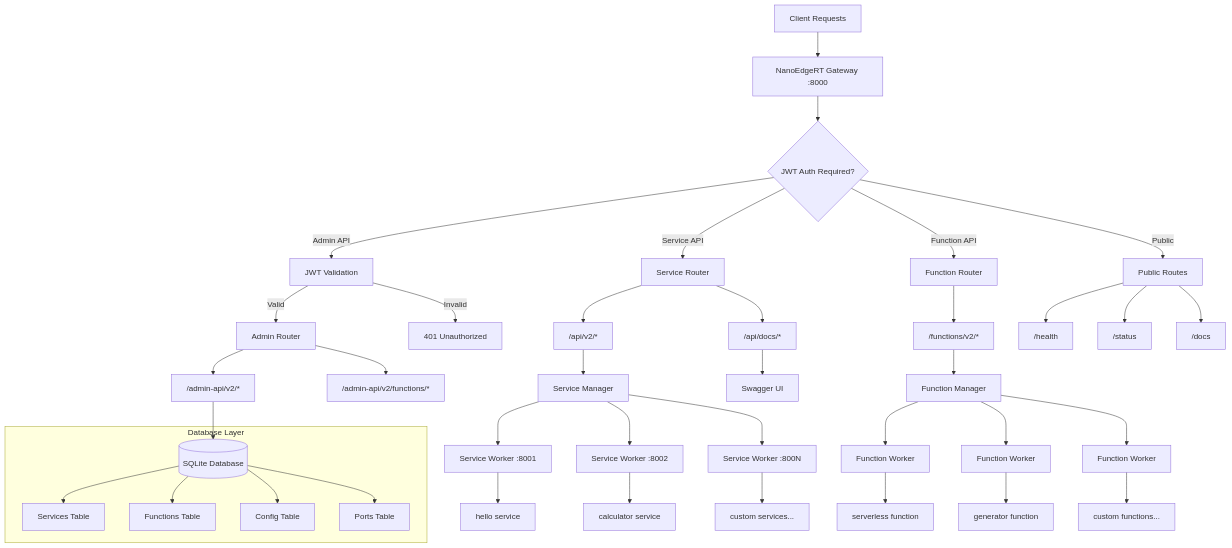
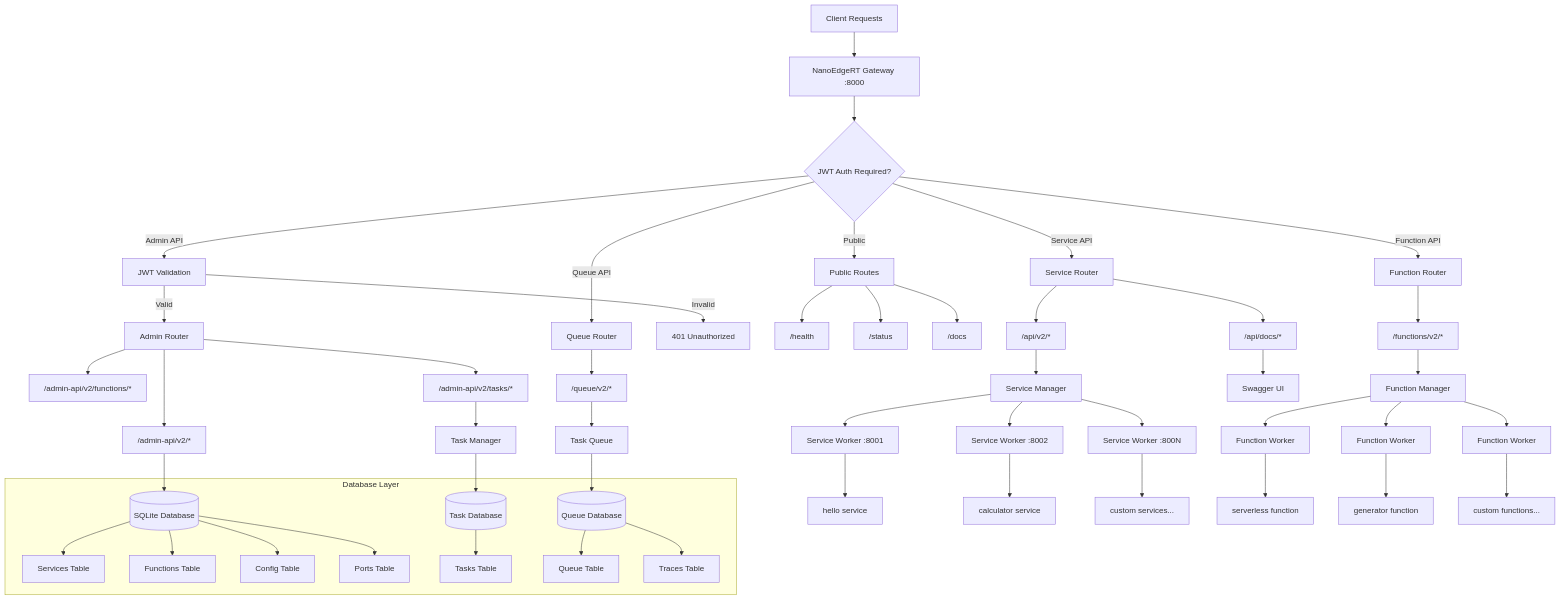
One commit to NanoInfra/NanoEdgeRT changed the diagram in README.md. Above: the diagram before and after it, drawn with Mermaid. The commit also changed other lines of this file and 25 other files, not shown here.

````diff
--- a/README.md
+++ b/README.md
@@ -62,49 +90,60 @@
 ```mermaid
 graph TB
     Client[Client Requests] --> Gateway[NanoEdgeRT Gateway :8000]
     Gateway --> Auth{JWT Auth Required?}
     Auth -->|Admin API| JWT[JWT Validation]
     Auth -->|Service API| ServiceRouter[Service Router]
     Auth -->|Function API| FunctionRouter[Function Router]
+    Auth -->|Queue API| QueueRouter[Queue Router]
     Auth -->|Public| PublicRouter[Public Routes]
     JWT -->|Valid| AdminRouter[Admin Router]
     JWT -->|Invalid| Error[401 Unauthorized]
     
     PublicRouter --> Health["/health"]
     PublicRouter --> Status["/status"]
     PublicRouter --> Docs["/docs"]
     
     AdminRouter --> AdminAPI["/admin-api/v2/*"]
     AdminRouter --> FunctionAdmin["/admin-api/v2/functions/*"]
+    AdminRouter --> TaskAdmin["/admin-api/v2/tasks/*"]
     ServiceRouter --> ServiceAPI["/api/v2/*"]
     ServiceRouter --> ServiceDocs["/api/docs/*"]
     FunctionRouter --> FunctionAPI["/functions/v2/*"]
+    QueueRouter --> QueueAPI["/queue/v2/*"]
     
     AdminAPI --> Database[(SQLite Database)]
+    TaskAdmin --> TaskManager[Task Manager]
+    QueueAPI --> TaskQueue[Task Queue]
     ServiceAPI --> ServiceManager[Service Manager]
     FunctionAPI --> FunctionManager[Function Manager]
     ServiceDocs --> SwaggerUI[Swagger UI]
+    
+    TaskManager --> TaskDatabase[(Task Database)]
+    TaskQueue --> QueueDatabase[(Queue Database)]
     
     ServiceManager --> Worker1[Service Worker :8001]
     ServiceManager --> Worker2[Service Worker :8002]
     ServiceManager --> WorkerN[Service Worker :800N]
     
     FunctionManager --> FuncWorker1[Function Worker]
     FunctionManager --> FuncWorker2[Function Worker]
     FunctionManager --> FuncWorkerN[Function Worker]
     
     subgraph "Database Layer"
         Database --> Services[Services Table]
         Database --> Functions[Functions Table]
         Database --> Config[Config Table]
         Database --> Ports[Ports Table]
+        TaskDatabase --> Tasks[Tasks Table]
+        QueueDatabase --> Queue[Queue Table]
+        QueueDatabase --> Traces[Traces Table]
     end
     
     Worker1 --> ServiceInstance1[hello service]
     Worker2 --> ServiceInstance2[calculator service]
     WorkerN --> ServiceInstanceN[custom services...]
     
     FuncWorker1 --> FunctionInstance1[serverless function]
     FuncWorker2 --> FunctionInstance2[generator function]
     FuncWorkerN --> FunctionInstanceN[custom functions...]
 ```
````
